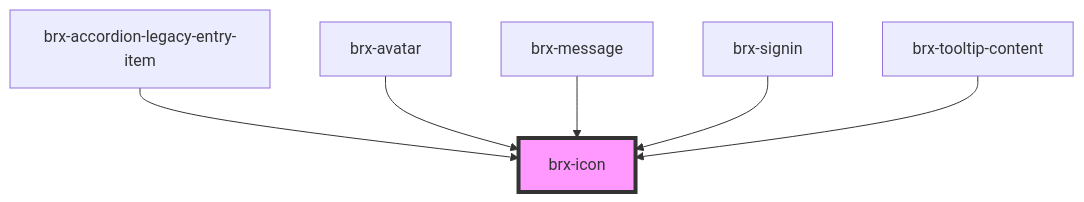
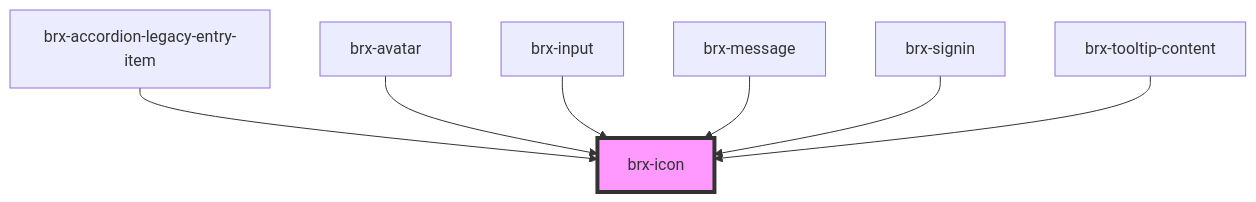
One commit to copperui/copperui changed the diagram in packages/core/src/components/brx-icon/readme.md. Above: the diagram before and after it, drawn with Mermaid. The commit also changed other lines of this file and 76 other files, not shown here.

````diff
--- a/packages/core/src/components/brx-icon/readme.md
+++ b/packages/core/src/components/brx-icon/readme.md
@@ -28,9 +27,10 @@
 ```mermaid
 graph TD;
   brx-accordion-legacy-entry-item --> brx-icon
   brx-avatar --> brx-icon
+  brx-input --> brx-icon
   brx-message --> brx-icon
   brx-signin --> brx-icon
   brx-tooltip-content --> brx-icon
   style brx-icon fill:#f9f,stroke:#333,stroke-width:4px
 ```
````
